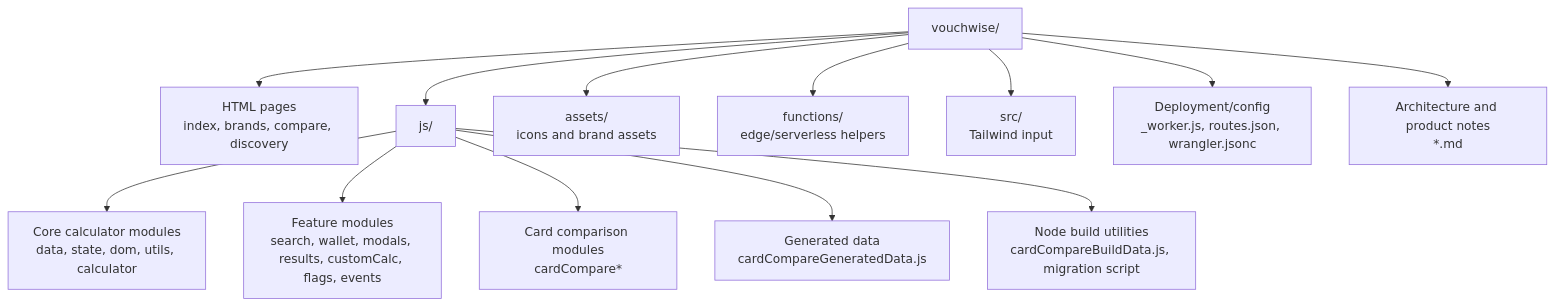
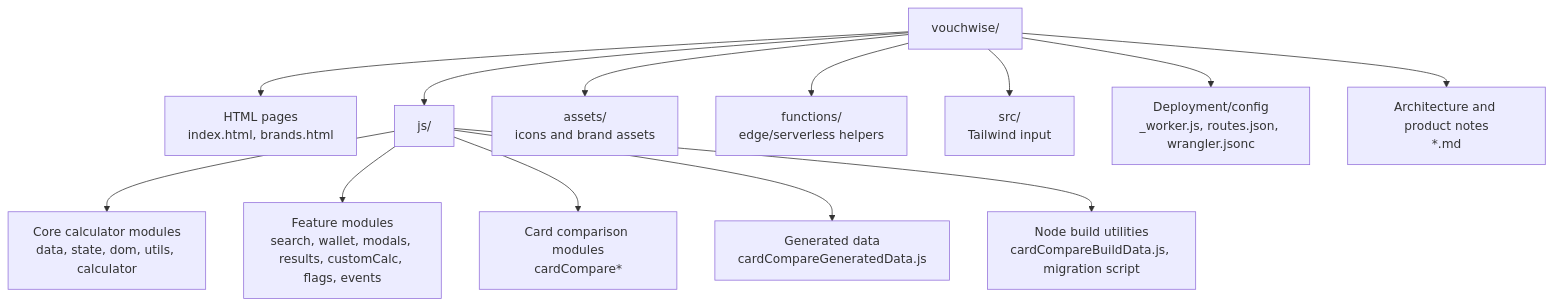
Before and after one commit to Ashwani07/voucher-discount-calculator: the second of 14 diagrams in docs/RepositoryArchitecture.md, drawn with Mermaid. The commit also changed other lines of this file and 12 other files, not shown here.

Commit message:
Refine voucher optimizer calculations and pipeline reliability. Remove unused scraped card data, fix Amazon and Axis reward handling, improve monthly cap disclosures, add HITL verification, and update voucher-only architecture and operations docs.

````diff
--- a/docs/RepositoryArchitecture.md
+++ b/docs/RepositoryArchitecture.md
@@ -59,17 +54,17 @@
 ```mermaid
 flowchart TD
     Root[vouchwise/]
-    Root --> Pages[HTML pages\nindex, brands, compare, discovery]
+    Root --> Pages[HTML pages\nindex.html, brands.html]
     Root --> JS[js/]
     Root --> Assets[assets/\nicons and brand assets]
     Root --> Functions[functions/\nedge/serverless helpers]
     Root --> CSS[src/\nTailwind input]
     Root --> Config[Deployment/config\n_worker.js, routes.json, wrangler.jsonc]
     Root --> Docs[Architecture and product notes\n*.md]
 
     JS --> CoreJS[Core calculator modules\ndata, state, dom, utils, calculator]
     JS --> FeatureJS[Feature modules\nsearch, wallet, modals, results, customCalc, flags, events]
     JS --> CompareJS[Card comparison modules\ncardCompare*]
     JS --> GeneratedJS[Generated data\ncardCompareGeneratedData.js]
     JS --> BuildJS[Node build utilities\ncardCompareBuildData.js, migration script]
 ```
````
